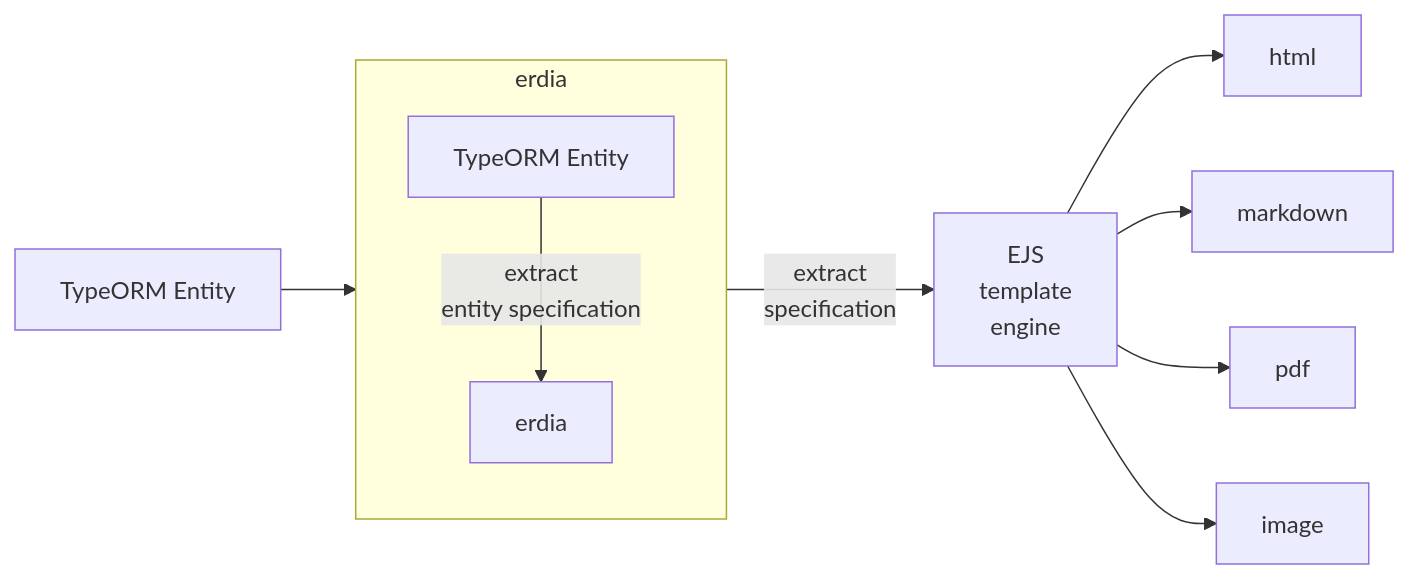
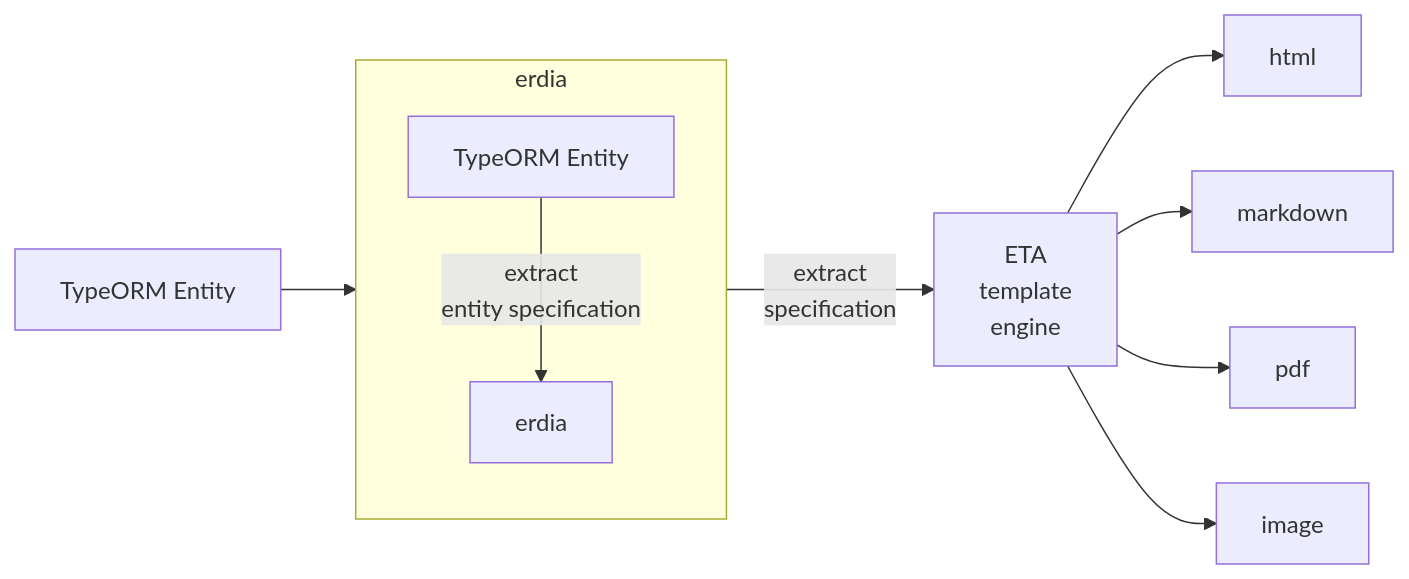
One commit to imjuni/erdia changed the diagram in README.md. Above: the diagram before and after it, drawn with Mermaid. The commit also changed other lines of this file and 21 other files, not shown here.

First line of the commit message:
Change template engine: EJS > ETA

````diff
--- a/README.md
+++ b/README.md
@@ -53,14 +53,14 @@
 ```mermaid
 graph LR
 
 A[TypeORM Entity] --> erdia
 subgraph erdia
 direction TB
 C[TypeORM Entity]-->|extract <br/>entity specification|B[erdia]
 end
 erdia-->|extract <br />specification|D
-D[EJS<br />template<br />engine]-->E[html]
+D[ETA<br />template<br />engine]-->E[html]
 D-->F[markdown]
 D-->G[pdf]
 D-->H[image]
 ```
````
